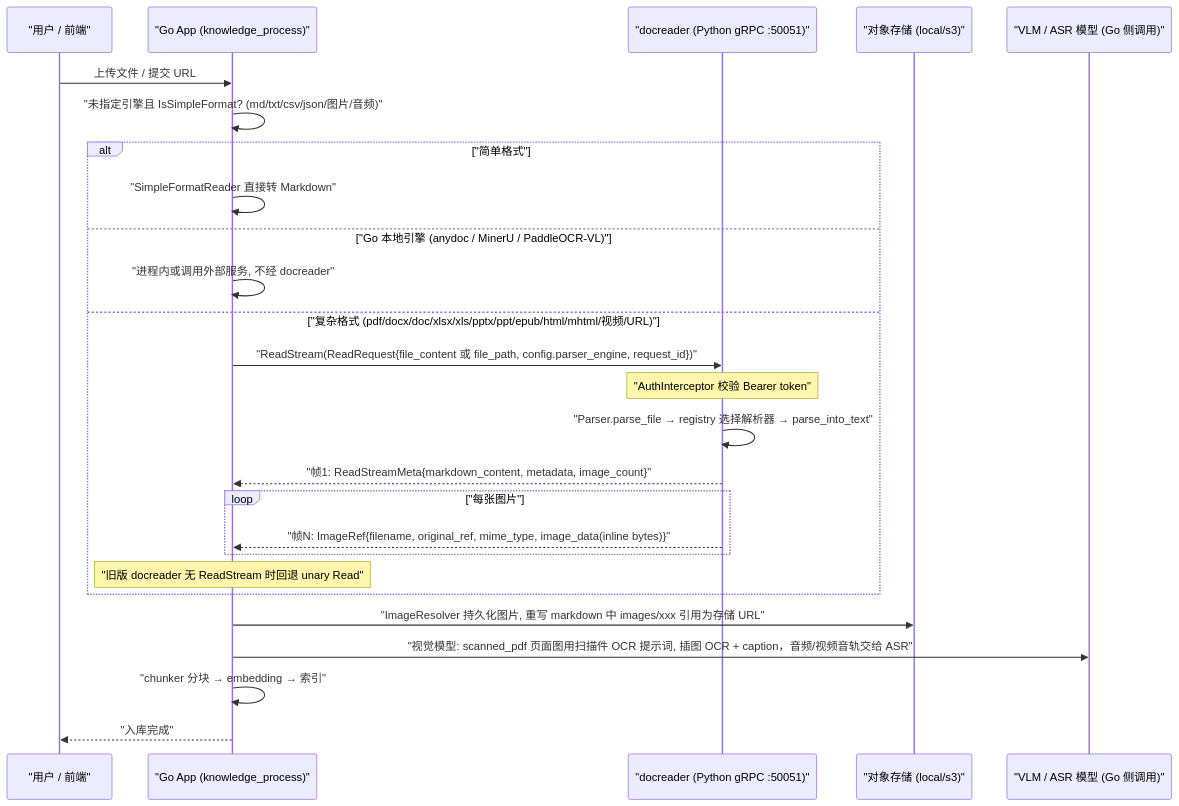
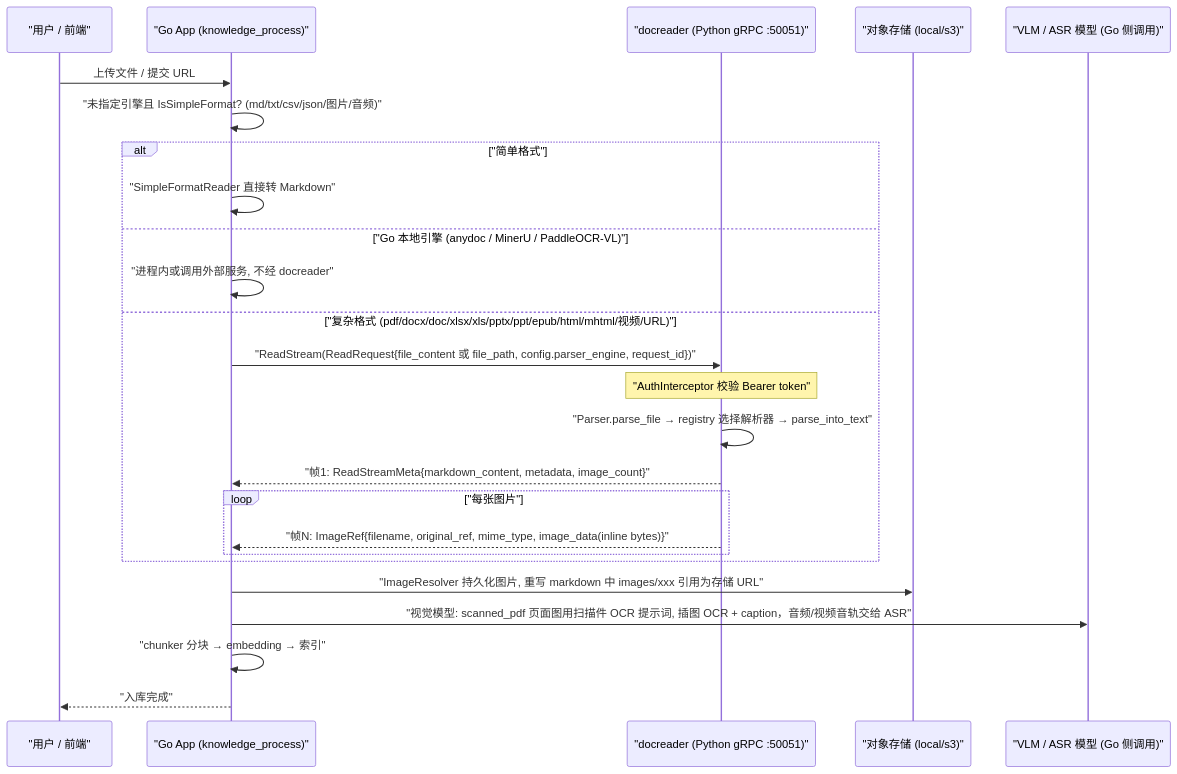
One commit to magicyuan876/Yuheng changed the first of 2 diagrams in website-docs/03-features/03-document-parsing.md. Above: the diagram before and after it, drawn with Mermaid. The commit also changed other lines of this file and 15 other files, not shown here.

First line of the commit message:
refactor(docreader): ReadStream is the only read RPC

````diff
--- a/website-docs/03-features/03-document-parsing.md
+++ b/website-docs/03-features/03-document-parsing.md
@@ -85,29 +91,28 @@
 ```mermaid
 sequenceDiagram
     participant U as "用户 / 前端"
     participant G as "Go App (knowledge_process)"
     participant D as "docreader (Python gRPC :50051)"
     participant S as "对象存储 (local/s3)"
     participant M as "VLM / ASR 模型 (Go 侧调用)"
 
     U->>G: 上传文件 / 提交 URL
     G->>G: "未指定引擎且 IsSimpleFormat? (md/txt/csv/json/图片/音频)"
     alt "简单格式"
         G->>G: "SimpleFormatReader 直接转 Markdown"
     else "Go 本地引擎 (anydoc / MinerU / PaddleOCR-VL)"
         G->>G: "进程内或调用外部服务, 不经 docreader"
     else "复杂格式 (pdf/docx/doc/xlsx/xls/pptx/ppt/epub/html/mhtml/视频/URL)"
         G->>D: "ReadStream(ReadRequest{file_content 或 file_path, config.parser_engine, request_id})"
         Note over D: "AuthInterceptor 校验 Bearer token"
         D->>D: "Parser.parse_file → registry 选择解析器 → parse_into_text"
         D-->>G: "帧1: ReadStreamMeta{markdown_content, metadata, image_count}"
         loop "每张图片"
             D-->>G: "帧N: ImageRef{filename, original_ref, mime_type, image_data(inline bytes)}"
         end
-        Note over G: "旧版 docreader 无 ReadStream 时回退 unary Read"
     end
     G->>S: "ImageResolver 持久化图片, 重写 markdown 中 images/xxx 引用为存储 URL"
     G->>M: "视觉模型: scanned_pdf 页面图用扫描件 OCR 提示词, 插图 OCR + caption，音频/视频音轨交给 ASR"
     G->>G: "chunker 分块 → embedding → 索引"
     G-->>U: "入库完成"
 ```
````
